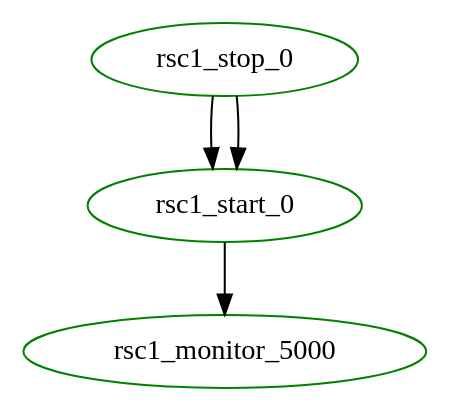
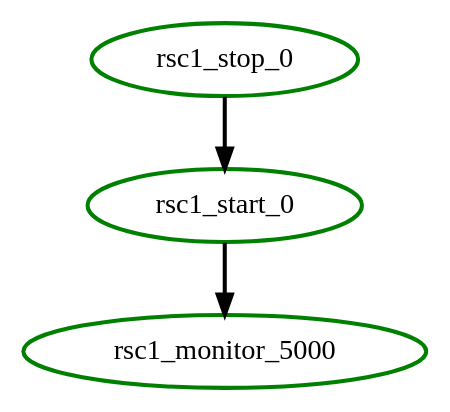
The diagram in crm/pengine/testcases/mon-rsc-2.dot (richiewen8/heartbeat), drawn with Graphviz before and after one commit. The commit also changed 101 other files, not shown here.

```diff
--- a/crm/pengine/testcases/mon-rsc-2.dot
+++ b/crm/pengine/testcases/mon-rsc-2.dot
@@ -1,9 +1,8 @@
 digraph "g" {
 	size = "30,30"
-"rsc1_stop_0" [ tooltip="node2" color="green" fontcolor="black" ]
-"rsc1_start_0" [ tooltip="node1" color="green" fontcolor="black" ]
-"rsc1_monitor_5000" [ tooltip="node1" color="green" fontcolor="black" ]
-"rsc1_stop_0" -> "rsc1_start_0"
-"rsc1_stop_0" -> "rsc1_start_0"
-"rsc1_start_0" -> "rsc1_monitor_5000"
+"rsc1_stop_0" [ tooltip="node2" style=bold color="green" fontcolor="black" ]
+"rsc1_start_0" [ tooltip="node1" style=bold color="green" fontcolor="black" ]
+"rsc1_monitor_5000" [ tooltip="node1" style=bold color="green" fontcolor="black" ]
+"rsc1_stop_0" -> "rsc1_start_0" [ style = bold]
+"rsc1_start_0" -> "rsc1_monitor_5000" [ style = bold]
 }
```
